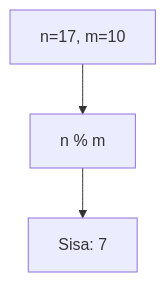
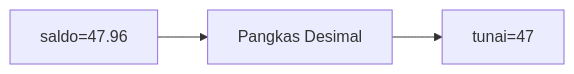
One commit to amnahwaida/OSNK_INF_PREP changed the eighth of 25 diagrams in part-c-pemahaman-cpp/01-tipe-data/latihan/set-06.md. Above: the diagram before and after it, drawn with Mermaid. The commit also changed other lines of this file and 71 other files, not shown here.

````diff
--- a/part-c-pemahaman-cpp/01-tipe-data/latihan/set-06.md
+++ b/part-c-pemahaman-cpp/01-tipe-data/latihan/set-06.md
@@ -185,5 +222,5 @@
 ```mermaid
-graph TD
-A["n=17, m=10"] --> B["n % m"]
-B --> C["Sisa: 7"]
+graph LR
+A["saldo=47.96"] --> B["Pangkas Desimal"]
+B --> C["tunai=47"]
 ```
````
